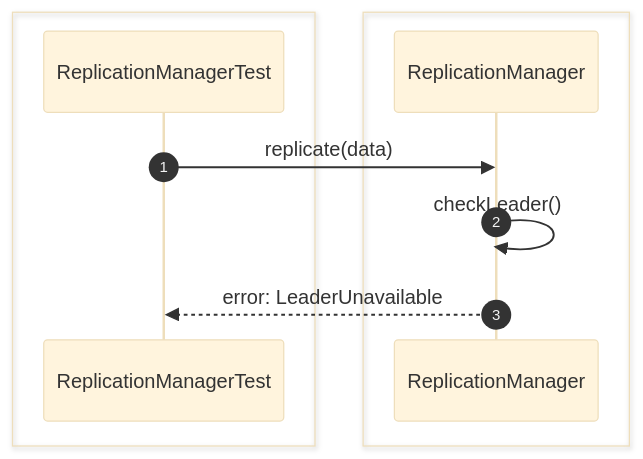
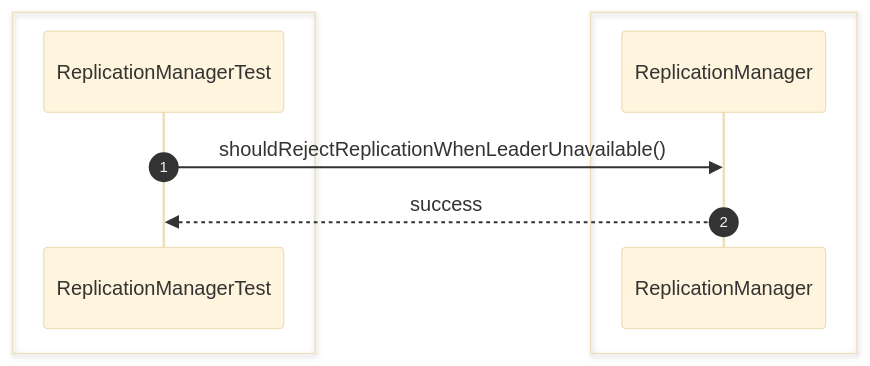
One commit to Huy1801214/dbms-architecture changed the ninth of 26 diagrams in src/sequence/replication.md. Above: the diagram before and after it, drawn with Mermaid (base theme). The commit also changed other lines of this file and 68 other files, not shown here.

Commit message:
implement comprehensive unit test suite and architectural sequence documentation

````diff
--- a/src/sequence/replication.md
+++ b/src/sequence/replication.md
@@ -166,15 +126,13 @@
 ```mermaid
 sequenceDiagram
     autonumber
-
     box #e1f5fe Test Suite
     participant Test as ReplicationManagerTest
     end
-    box #ffebee Replication Components
-    participant Manager as ReplicationManager
+    box #e3f2fd ReplicationManager Component
+    participant RM as ReplicationManager
     end
 
-    Test->>Manager: replicate(data)
-    Manager->>Manager: checkLeader()
-    Manager-->>Test: error: LeaderUnavailable
+    Test->>RM: shouldRejectReplicationWhenLeaderUnavailable()
+    RM-->>Test: success
 ```
````
